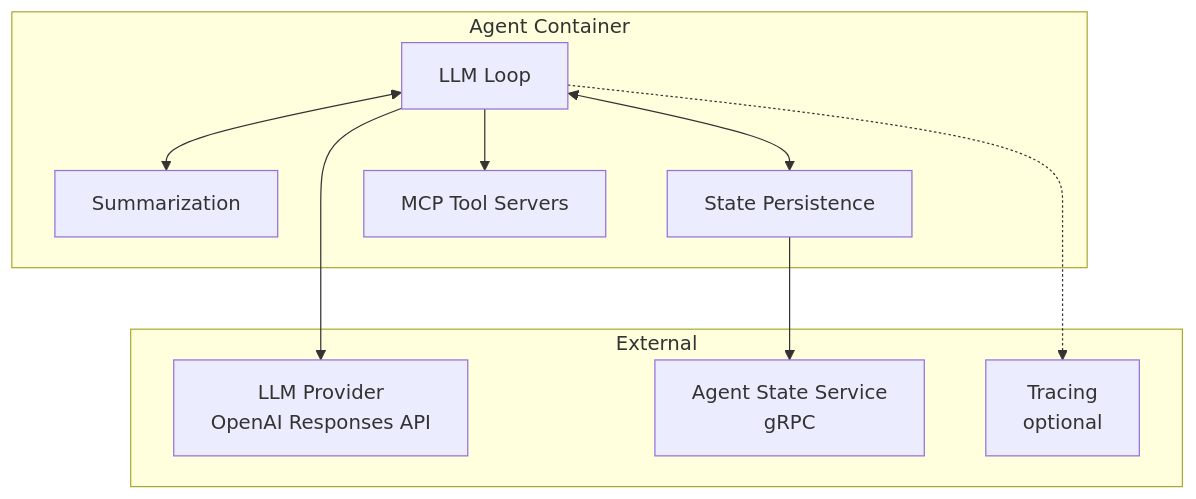
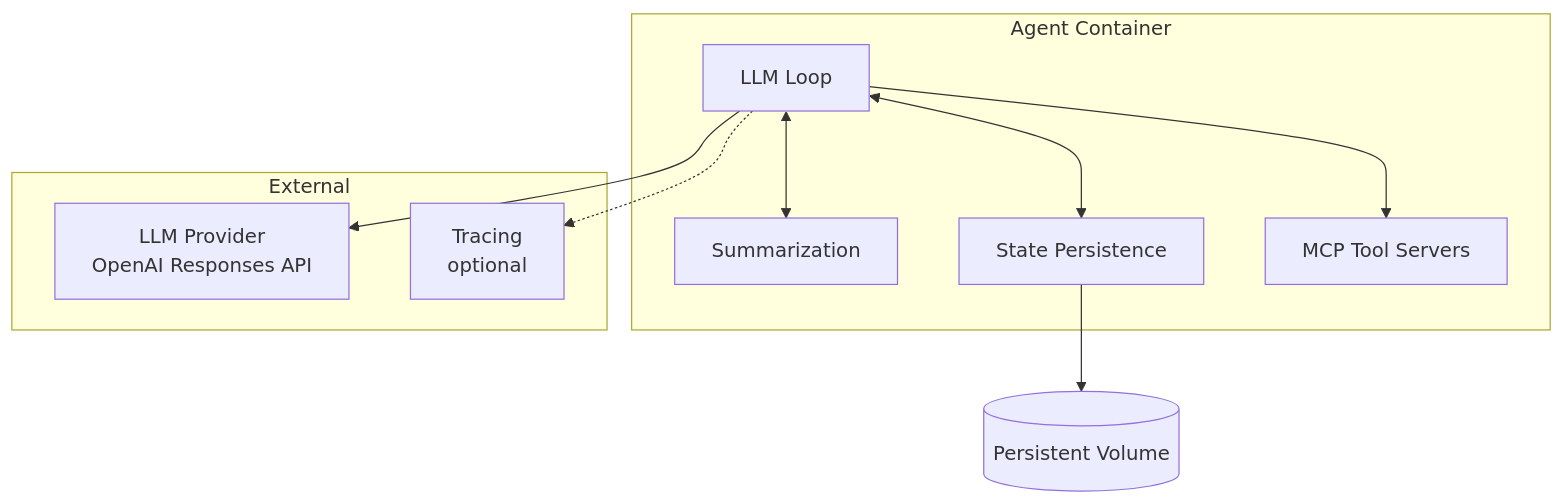
Before and after one commit to agynio/architecture: the first of 2 diagrams in architecture/agent/implementation.md, drawn with Mermaid. The commit also changed other lines of this file and 14 other files, not shown here.

First line of the commit message:
Replace APSS with disk-based agent state, document data concern isolation

````diff
--- a/architecture/agent/implementation.md
+++ b/architecture/agent/implementation.md
@@ -9,23 +9,22 @@
 ```mermaid
 graph TB
     subgraph "Agent Container"
         LLMLoop[LLM Loop]
         Summarization[Summarization]
         Persistence[State Persistence]
         MCP[MCP Tool Servers]
 
         LLMLoop <--> Summarization
         LLMLoop <--> Persistence
         LLMLoop --> MCP
     end
 
     subgraph External
         LLMProvider[LLM Provider<br/>OpenAI Responses API]
-        AgentState[Agent State Service<br/>gRPC]
         TracingDep[Tracing<br/>optional]
     end
 
     LLMLoop --> LLMProvider
-    Persistence --> AgentState
+    Persistence --> Disk[(Persistent Volume)]
     LLMLoop -.-> TracingDep
 ```
````
